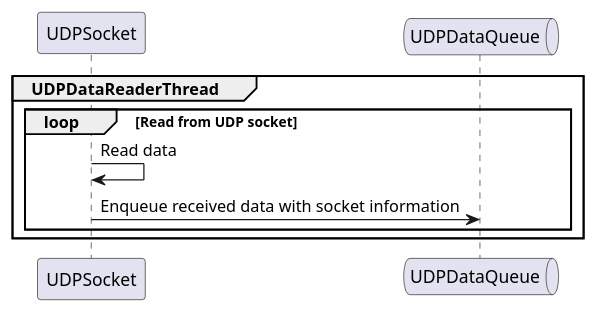
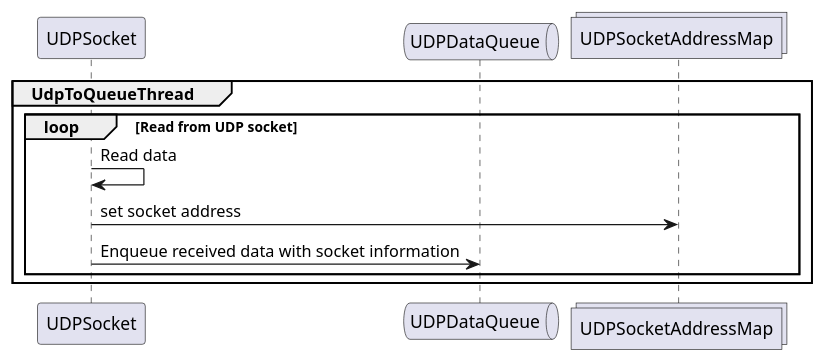
The third of 5 diagrams in doc/server.md (xiguichen/tcpudp), drawn with PlantUML before and after one commit. The commit also changed other lines of this file, not shown here.

```diff
--- a/doc/server.md
+++ b/doc/server.md
@@ -73,13 +55,15 @@
 @startuml
 
 participant UDPSocket
 queue UDPDataQueue
+collections UDPSocketAddressMap
 
-group UDPDataReaderThread
+group UdpToQueueThread
     loop Read from UDP socket
         UDPSocket -> UDPSocket: Read data
+        UDPSocket -> UDPSocketAddressMap: set socket address
         UDPSocket -> UDPDataQueue: Enqueue received data with socket information
     end
 end
 
 @enduml
```
